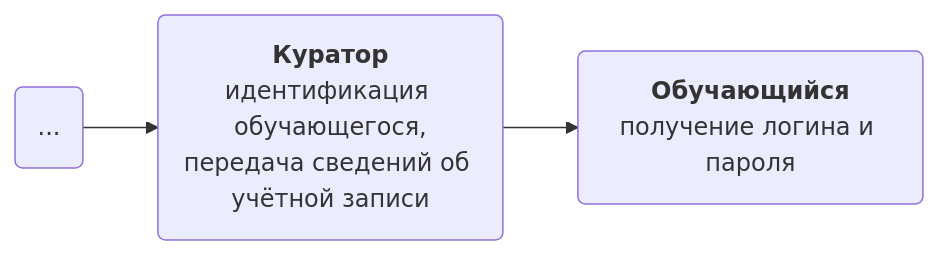
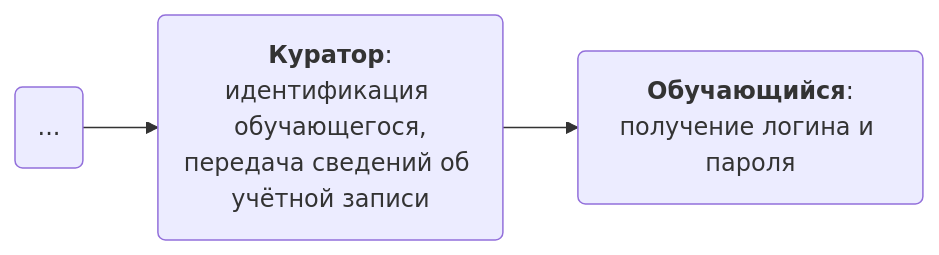
The second of 9 diagrams in docs/student.md (zoyter/eios-docs), drawn with Mermaid before and after one commit. The commit also changed other lines of this file and 12 other files, not shown here.

````diff
--- a/docs/student.md
+++ b/docs/student.md
@@ -30,15 +30,15 @@
 ```mermaid
 flowchart LR   
     dep_next("...")
 
-    dep_curator("`**Куратор**
+    dep_curator("`**Куратор**:
     идентификация обучающегося,
     передача сведений об учётной записи`")
 
-    dep_student("`**Обучающийся**
+    dep_student("`**Обучающийся**:
     получение логина и пароля`")    
     
 
     dep_next-->dep_curator
     dep_curator-->dep_student    
 ```
````
